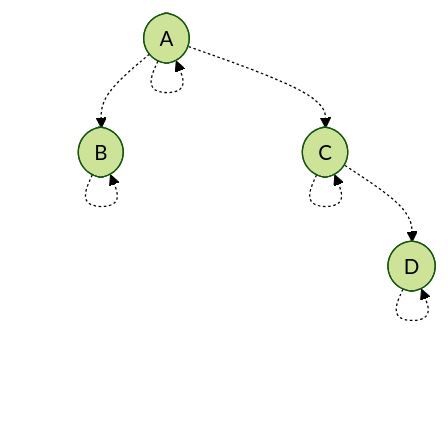
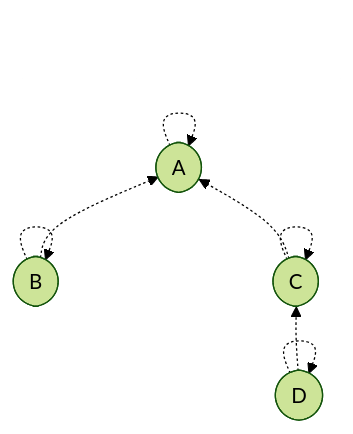
Before and after one commit to stepchowfun/proofs: the third of 14 diagrams in proofs/AdmissibilityGraph/README.md, drawn with Mermaid (forest theme). The commit also changed other lines of this file and 5 other files, not shown here.

Commit message:
Flip the direction of the parent-child edges in the admissibility graph development

````diff
--- a/proofs/AdmissibilityGraph/README.md
+++ b/proofs/AdmissibilityGraph/README.md
@@ -71,16 +71,16 @@
 ```mermaid
-flowchart TD
+flowchart BT
   a([A])
   b([B])
   c([C])
   d([D])
 
   a -.-> a
   b -.-> b
   c -.-> c
   d -.-> d
 
-  a -.-> b
-  a -.-> c
-  c -.-> d
+  b -.-> a
+  c -.-> a
+  d -.-> c
 ```
````
